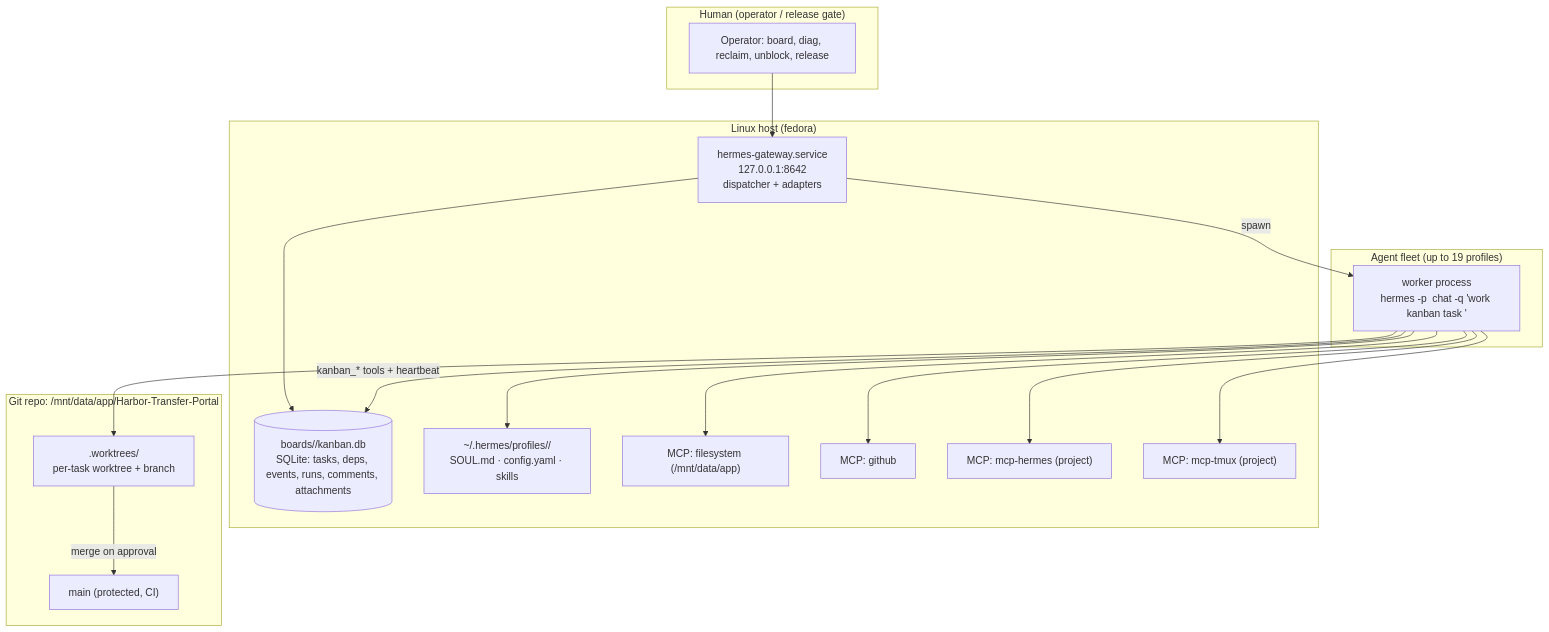
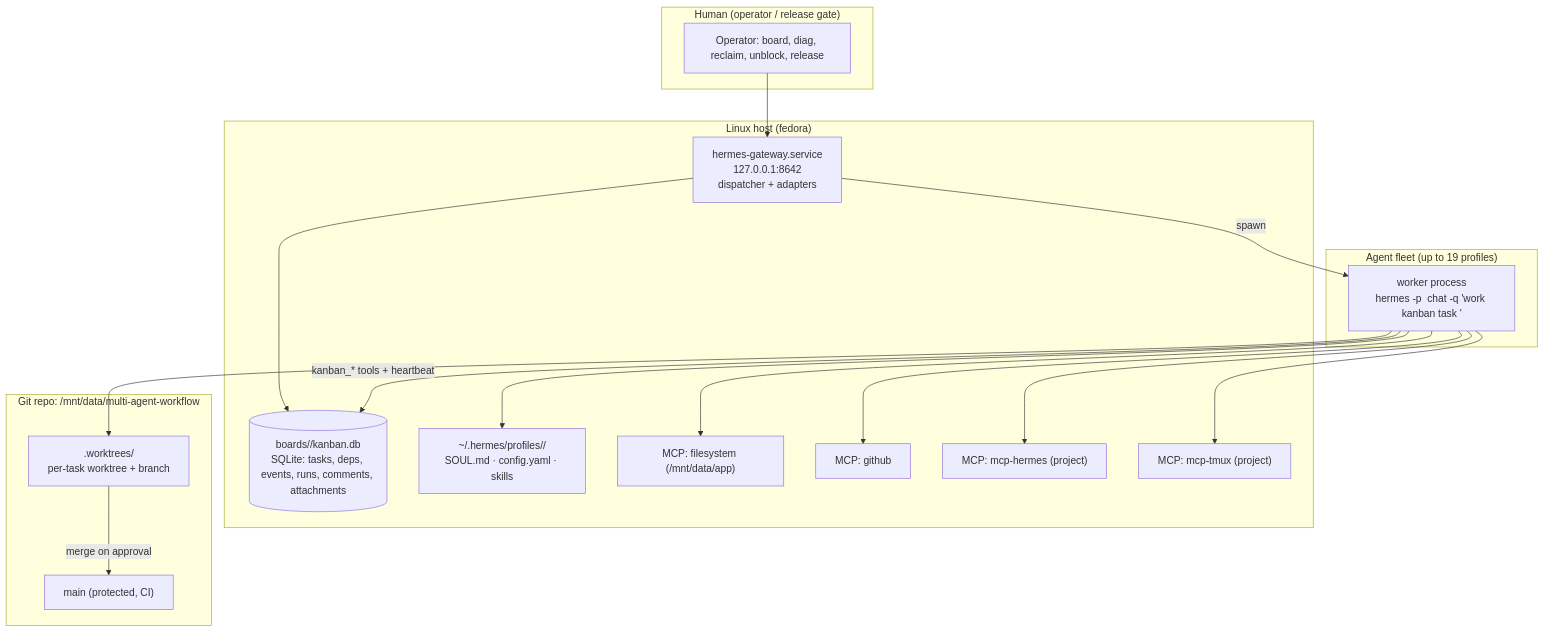
One commit to askarahodov/multi-agent-workflow changed the first of 6 diagrams in docs/adr/ADR-010-multi-agent-orchestration.md. Above: the diagram before and after it, drawn with Mermaid. The commit also changed other lines of this file and 18 other files, not shown here.

````diff
--- a/docs/adr/ADR-010-multi-agent-orchestration.md
+++ b/docs/adr/ADR-010-multi-agent-orchestration.md
@@ -57,30 +57,30 @@
 ```mermaid
 flowchart TB
   subgraph Human["Human (operator / release gate)"]
     OPS[Operator: board, diag, reclaim, unblock, release]
   end
   subgraph Host["Linux host (fedora)"]
     GW["hermes-gateway.service\n127.0.0.1:8642\ndispatcher + adapters"]
     KDB[("boards/<slug>/kanban.db\nSQLite: tasks, deps, events, runs, comments, attachments")]
     PROF["~/.hermes/profiles/<name>/\nSOUL.md · config.yaml · skills"]
     MCP1["MCP: filesystem (/mnt/data/app)"]
     MCP2["MCP: github"]
     MCP3["MCP: mcp-hermes (project)"]
     MCP4["MCP: mcp-tmux (project)"]
   end
-  subgraph Repo["Git repo: /mnt/data/app/Harbor-Transfer-Portal"]
+  subgraph Repo["Git repo: /mnt/data/multi-agent-workflow"]
     MAIN["main (protected, CI)"]
     WT[".worktrees/<task-id>\nper-task worktree + branch"]
   end
   subgraph Fleet["Agent fleet (up to 19 profiles)"]
     W["worker process\nhermes -p <profile> chat -q 'work kanban task <id>'"]
   end
   OPS --> GW
   GW --> KDB
   GW -- spawn --> W
   W -- kanban_* tools + heartbeat --> KDB
   W --> PROF
   W --> WT
   WT -- merge on approval --> MAIN
   W --> MCP1 & MCP2 & MCP3 & MCP4
 ```
````
